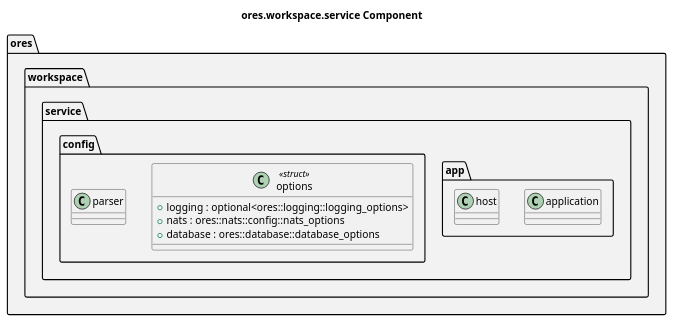
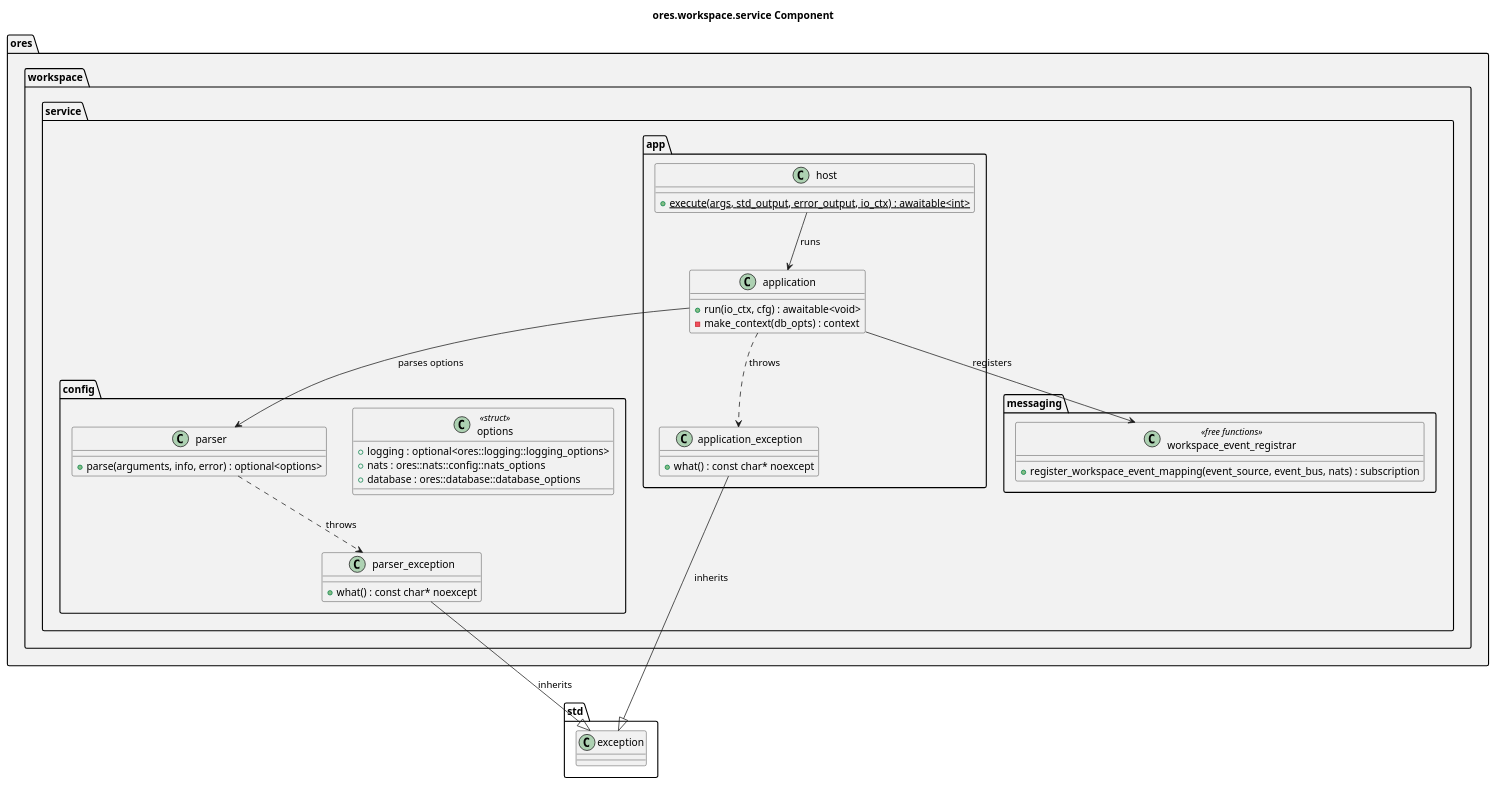
Before and after one commit to OreStudio/OreStudio: the diagram in projects/ores.workspace/service/modeling/ores.workspace.service.puml, drawn with PlantUML. The commit also changed 73 other files, not shown here.

```diff
--- a/projects/ores.workspace/service/modeling/ores.workspace.service.puml
+++ b/projects/ores.workspace/service/modeling/ores.workspace.service.puml
@@ -18,34 +18,61 @@
 @startuml
 
 title ores.workspace.service Component
 
 set namespaceSeparator ::
 
 namespace ores #F2F2F2 {
     namespace workspace #F2F2F2 {
         namespace service #F2F2F2 {
             namespace app #F2F2F2 {
                 class application {
+                    +run(io_ctx, cfg) : awaitable<void>
+                    -make_context(db_opts) : context
+                }
+                class application_exception {
+                    +what() : const char* noexcept
                 }
                 class host {
+                    {static} +execute(args, std_output, error_output, io_ctx) : awaitable<int>
                 }
             }
             namespace config #F2F2F2 {
                 class options <<struct>> {
                     +logging : optional<ores::logging::logging_options>
                     +nats : ores::nats::config::nats_options
                     +database : ores::database::database_options
                 }
                 class parser {
+                    +parse(arguments, info, error) : optional<options>
+                }
+                class parser_exception {
+                    +what() : const char* noexcept
+                }
+            }
+            namespace messaging #F2F2F2 {
+                class workspace_event_registrar <<free functions>> {
+                    +register_workspace_event_mapping(event_source, event_bus, nats) : subscription
                 }
             }
         }
     }
 }
+
+' ---------------------------------------------------------------------------
+' Relationships.
+' ---------------------------------------------------------------------------
+
+ores::workspace::service::app::application_exception --|> std::exception : inherits
+ores::workspace::service::config::parser_exception --|> std::exception : inherits
+ores::workspace::service::app::host --> ores::workspace::service::app::application : runs
+ores::workspace::service::app::application --> ores::workspace::service::config::parser : parses options
+ores::workspace::service::config::parser ..> ores::workspace::service::config::parser_exception : throws
+ores::workspace::service::app::application ..> ores::workspace::service::app::application_exception : throws
+ores::workspace::service::app::application --> ores::workspace::service::messaging::workspace_event_registrar : registers
 
 ' --- manual: everything below this line is hand-authored; the script preserves it ---
 
 ' Local Variables:
 ' compile-command: "java -Djava.awt.headless=true -DPLANTUML_SECURITY_PROFILE=UNSECURE -DPLANTUML_LIMIT_SIZE=65535 -jar /usr/share/plantuml/plantuml.jar ores.workspace.service.puml"
 ' End:
 @enduml
```
